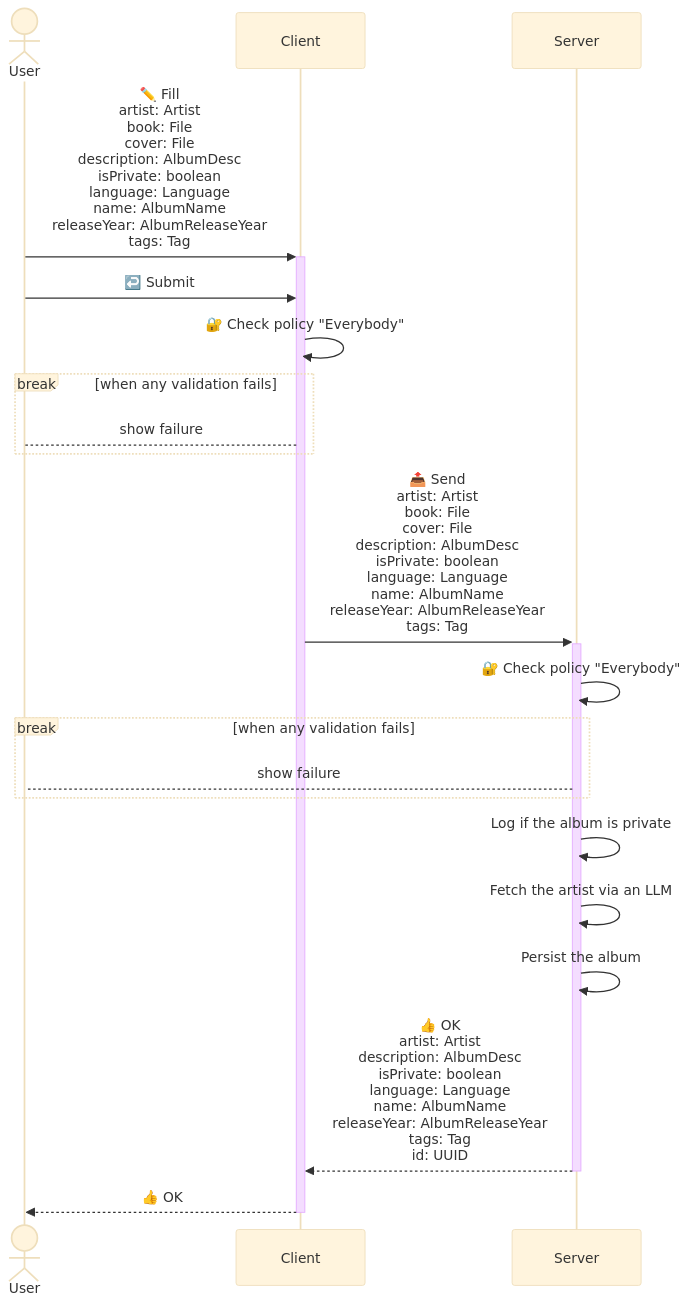
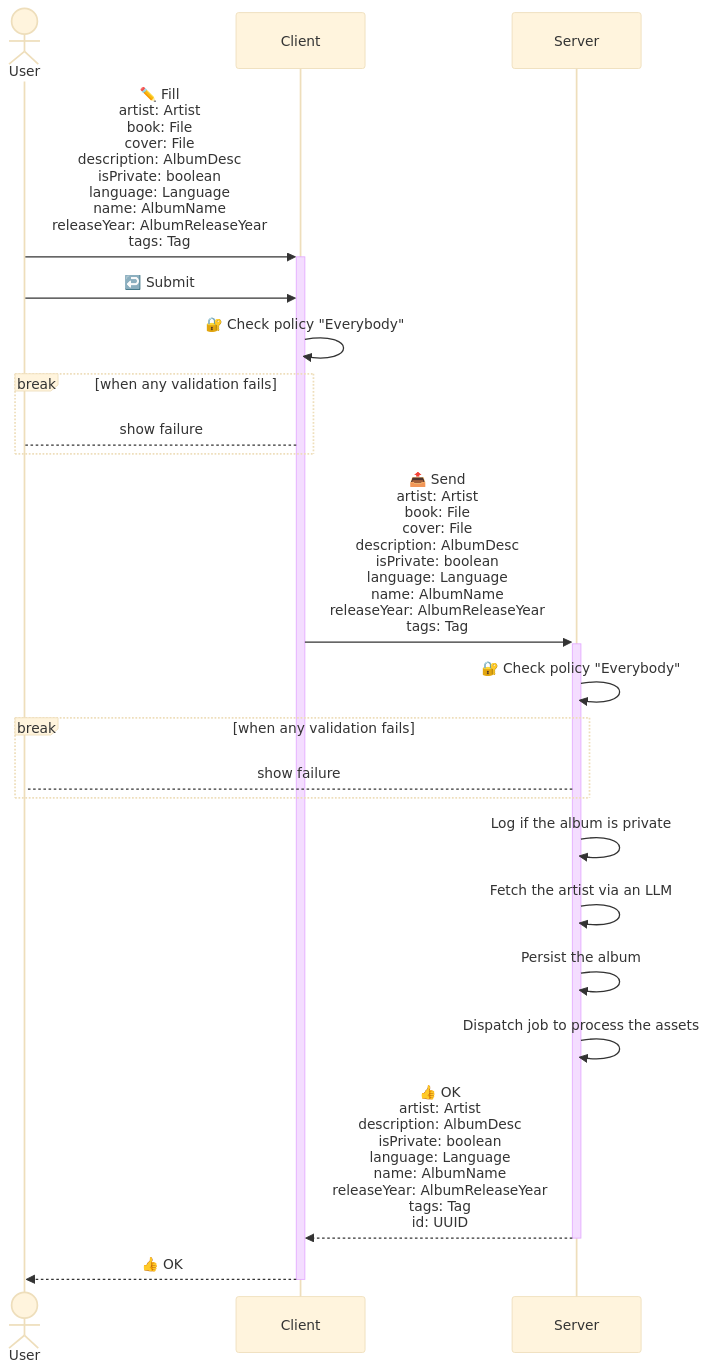
One commit to c100k/libmodulor changed the first of 6 diagrams in examples/apps/Spotify/README.md. Above: the diagram before and after it, drawn with Mermaid (base theme). The commit also changed 39 other files, not shown here.

````diff
--- a/examples/apps/Spotify/README.md
+++ b/examples/apps/Spotify/README.md
@@ -52,20 +52,21 @@
 ```mermaid
 sequenceDiagram
     actor User
     User->>+Client: ✏️ Fill<br/>artist: Artist<br/>book: File<br/>cover: File<br/>description: AlbumDesc<br/>isPrivate: boolean<br/>language: Language<br/>name: AlbumName<br/>releaseYear: AlbumReleaseYear<br/>tags: Tag
     User->>Client: ↩️ Submit
     Client->>Client: 🔐 Check policy "Everybody"
     break when any validation fails
         Client-->User: show failure
     end
     Client->>+Server: 📤 Send<br/>artist: Artist<br/>book: File<br/>cover: File<br/>description: AlbumDesc<br/>isPrivate: boolean<br/>language: Language<br/>name: AlbumName<br/>releaseYear: AlbumReleaseYear<br/>tags: Tag
     Server->>Server: 🔐 Check policy "Everybody"
     break when any validation fails
         Server-->User: show failure
     end
     Server->>Server: Log if the album is private
     Server->>Server: Fetch the artist via an LLM
     Server->>Server: Persist the album
+    Server->>Server: Dispatch job to process the assets
     Server-->>-Client: 👍 OK<br/>artist: Artist<br/>description: AlbumDesc<br/>isPrivate: boolean<br/>language: Language<br/>name: AlbumName<br/>releaseYear: AlbumReleaseYear<br/>tags: Tag<br/>id: UUID
     Client-->>-User: 👍 OK
 ```
````
